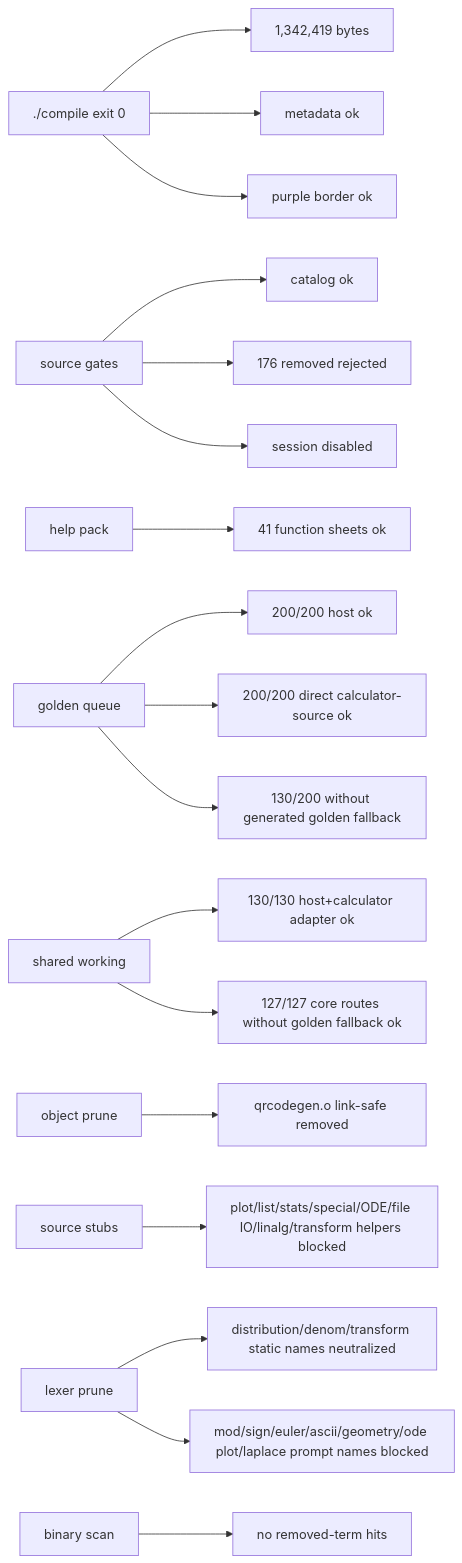
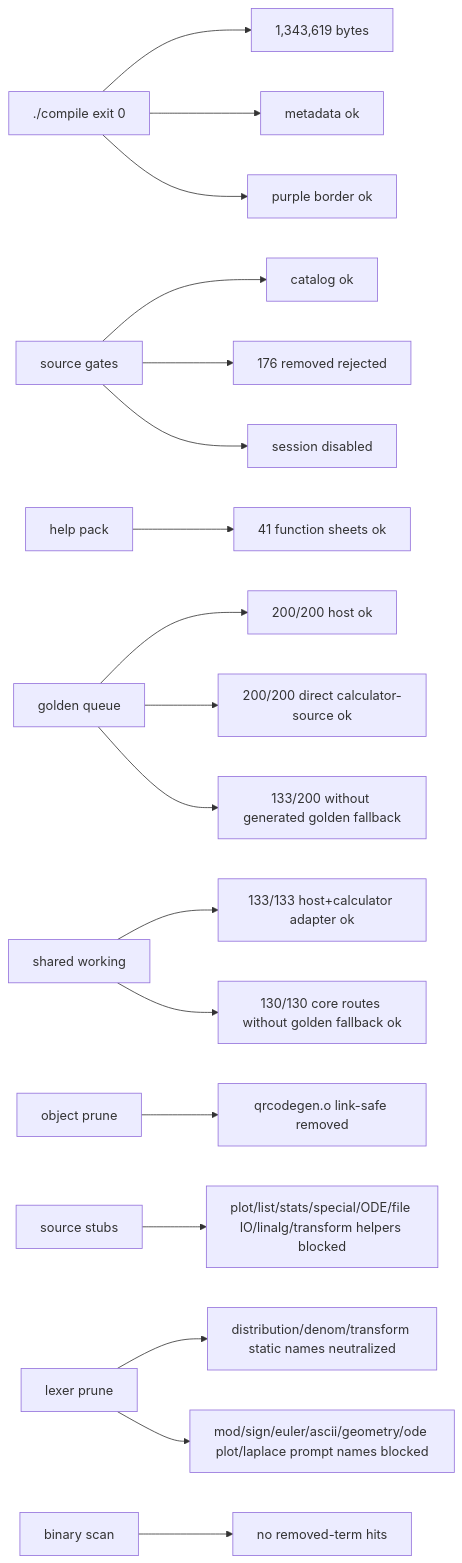
The seventh of 7 diagrams in docs/GRAPH.md (james8464/notes-addin-casio-fx-cg50), drawn with Mermaid before and after one commit. The commit also changed other lines of this file and 4 other files, not shown here.

````diff
--- a/docs/GRAPH.md
+++ b/docs/GRAPH.md
@@ -152,20 +153,20 @@
 ```mermaid
 graph LR
-  Build["./compile exit 0"] --> Size["1,342,419 bytes"]
+  Build["./compile exit 0"] --> Size["1,343,619 bytes"]
   Build --> Meta["metadata ok"]
   Build --> Border["purple border ok"]
   Source["source gates"] --> Catalog["catalog ok"]
   Source --> Removed["176 removed rejected"]
   Source --> Session["session disabled"]
   Help["help pack"] --> HelpQ["41 function sheets ok"]
   Queue["golden queue"] --> QueueRun["200/200 host ok"]
   Queue --> GoldenRun["200/200 direct calculator-source ok"]
-  Queue --> NoGolden["130/200 without generated golden fallback"]
-  Shared["shared working"] --> SharedRun["130/130 host+calculator adapter ok"]
-  Shared --> CoreRun["127/127 core routes without golden fallback ok"]
+  Queue --> NoGolden["133/200 without generated golden fallback"]
+  Shared["shared working"] --> SharedRun["133/133 host+calculator adapter ok"]
+  Shared --> CoreRun["130/130 core routes without golden fallback ok"]
   Obj["object prune"] --> QR["qrcodegen.o link-safe removed"]
   Macro["source stubs"] --> Stubbed["plot/list/stats/special/ODE/file IO/linalg/transform helpers blocked"]
   Static["lexer prune"] --> StaticRun["distribution/denom/transform static names neutralized"]
   Static --> PromptRun["mod/sign/euler/ascii/geometry/ode plot/laplace prompt names blocked"]
   Bin["binary scan"] --> NoLeak["no removed-term hits"]
 ```
````
